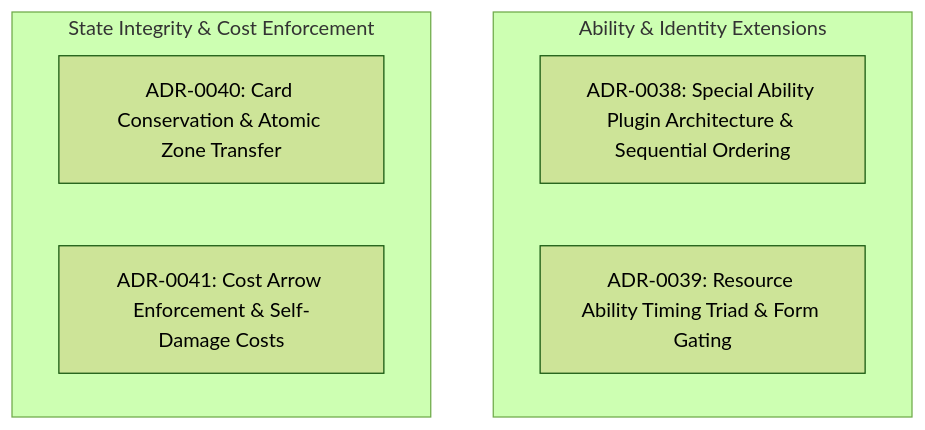
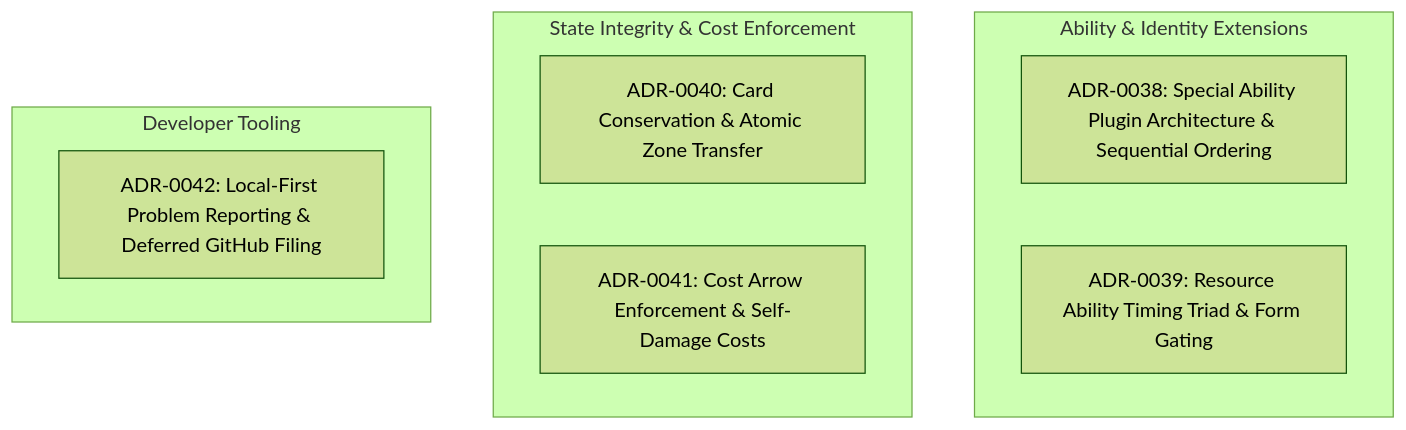
One commit to SteveRodrigue/MCD changed the sixth of 6 diagrams in docs/decisions/README.md. Above: the diagram before and after it, drawn with Mermaid (forest theme). The commit also changed other lines of this file and 9 other files, not shown here.

Commit message:
feat(ui): Dev Mode Report a Problem capture, ADR-0042 & problem-report-triage skill with duplicate merge detection

````diff
--- a/docs/decisions/README.md
+++ b/docs/decisions/README.md
@@ -101,11 +101,14 @@
 ```mermaid
 graph TD
     subgraph Abilities["Ability & Identity Extensions"]
         ADR38["ADR-0038: Special Ability Plugin Architecture & Sequential Ordering"]
         ADR39["ADR-0039: Resource Ability Timing Triad & Form Gating"]
     end
     subgraph Integrity["State Integrity & Cost Enforcement"]
         ADR40["ADR-0040: Card Conservation & Atomic Zone Transfer"]
         ADR41["ADR-0041: Cost Arrow Enforcement & Self-Damage Costs"]
     end
+    subgraph DevTooling["Developer Tooling"]
+        ADR42["ADR-0042: Local-First Problem Reporting & Deferred GitHub Filing"]
+    end
 ```
````
